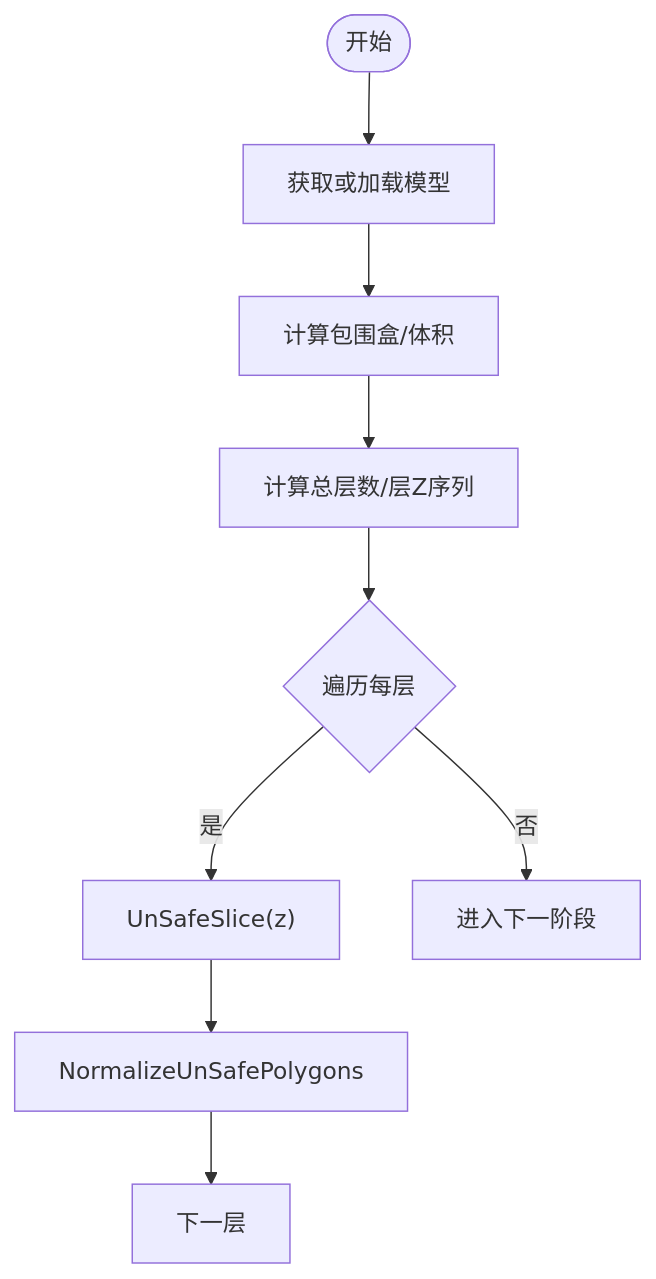
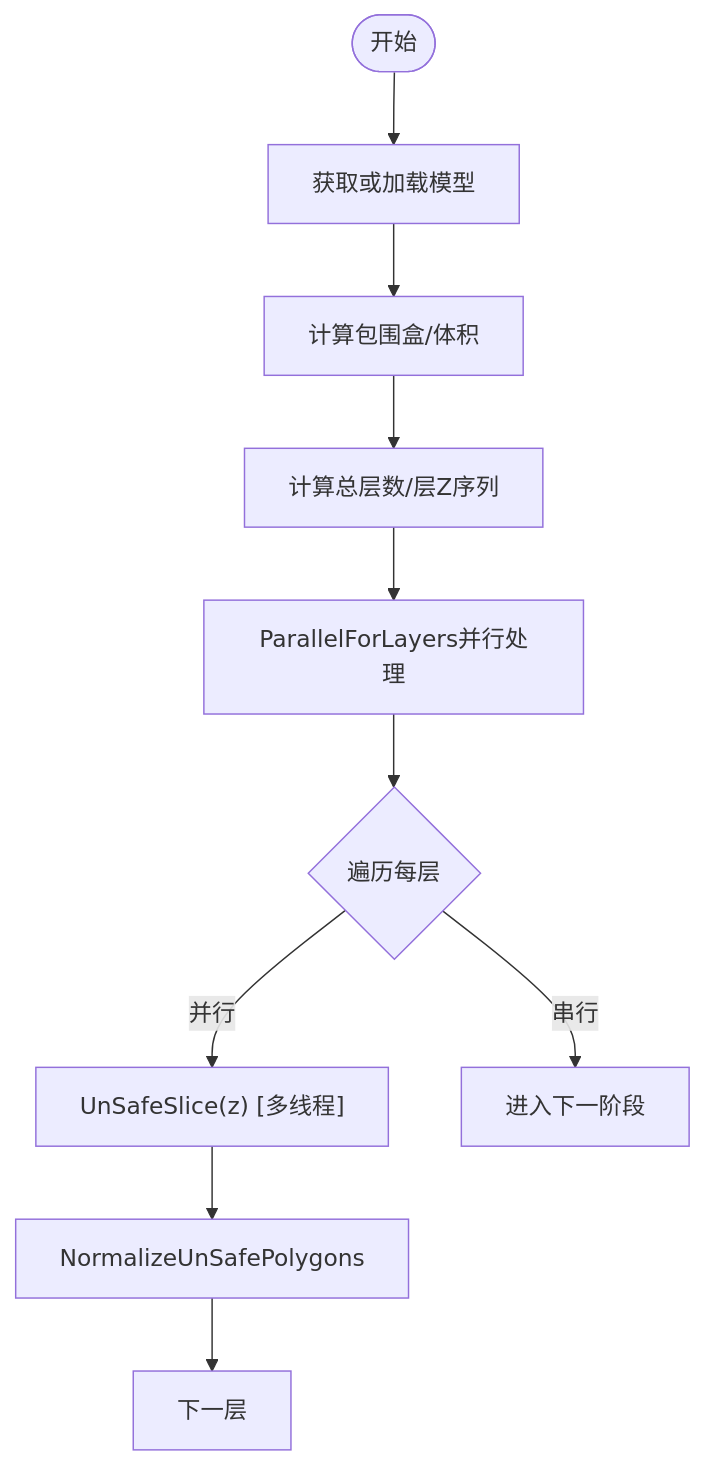
The ninth of 13 diagrams in .qoder/repowiki/zh/content/核心模块详解/SLA立体光刻流水线.md (hsmbanlance/HsBaSlicer), drawn with Mermaid before and after one commit. The commit also changed other lines of this file and 20 other files, not shown here.

````diff
--- a/.qoder/repowiki/zh/content/核心模块详解/SLA立体光刻流水线.md
+++ b/.qoder/repowiki/zh/content/核心模块详解/SLA立体光刻流水线.md
@@ -341,11 +466,12 @@
 ```mermaid
 flowchart TD
 Start(["开始"]) --> Load["获取或加载模型"]
 Load --> BBox["计算包围盒/体积"]
 BBox --> Layers["计算总层数/层Z序列"]
-Layers --> ForEach{"遍历每层"}
-ForEach --> |是| Slice["UnSafeSlice(z)"]
+Layers --> Parallel["ParallelForLayers并行处理"]
+Parallel --> ForEach{"遍历每层"}
+ForEach --> |并行| Slice["UnSafeSlice(z) [多线程]"]
 Slice --> Normalize["NormalizeUnSafePolygons"]
 Normalize --> Next["下一层"]
-ForEach --> |否| Done["进入下一阶段"]
+ForEach --> |串行| Done["进入下一阶段"]
 ```
````
